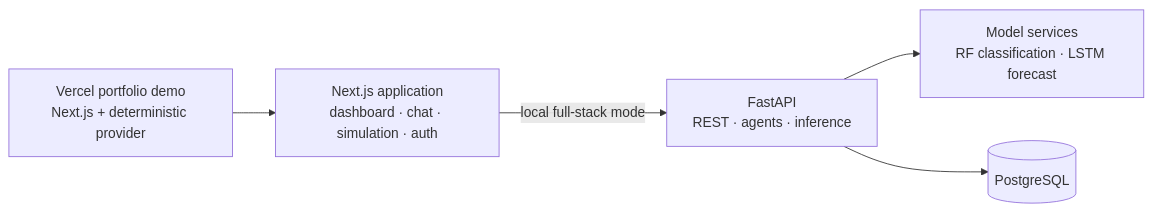
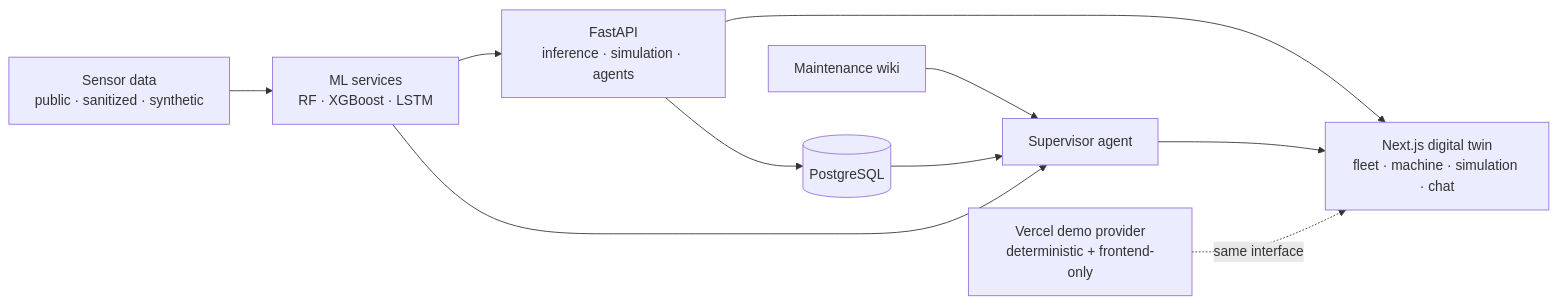
Before and after one commit to NathanVuSwinburne/predictive-maintenance-digital-twin-demo: the diagram in README.md, drawn with Mermaid. The commit also changed other lines of this file, not shown here.

````diff
--- a/README.md
+++ b/README.md
@@ -49,13 +215,12 @@
 ```mermaid
 flowchart LR
-    V["Vercel portfolio demo<br/>Next.js + deterministic provider"]
-    UI["Next.js application<br/>dashboard · chat · simulation · auth"]
-    API["FastAPI<br/>REST · agents · inference"]
-    ML["Model services<br/>RF classification · LSTM forecast"]
-    DB[(PostgreSQL)]
-
-    V --> UI
-    UI -->|local full-stack mode| API
-    API --> ML
-    API --> DB
+    Sensors["Sensor data<br/>public · sanitized · synthetic"] --> Models["ML services<br/>RF · XGBoost · LSTM"]
+    Models --> API["FastAPI<br/>inference · simulation · agents"]
+    API --> DB[(PostgreSQL)]
+    API --> UI["Next.js digital twin<br/>fleet · machine · simulation · chat"]
+    Wiki["Maintenance wiki"] --> Agent["Supervisor agent"]
+    DB --> Agent
+    Models --> Agent
+    Agent --> UI
+    Demo["Vercel demo provider<br/>deterministic + frontend-only"] -. same interface .-> UI
 ```
````
